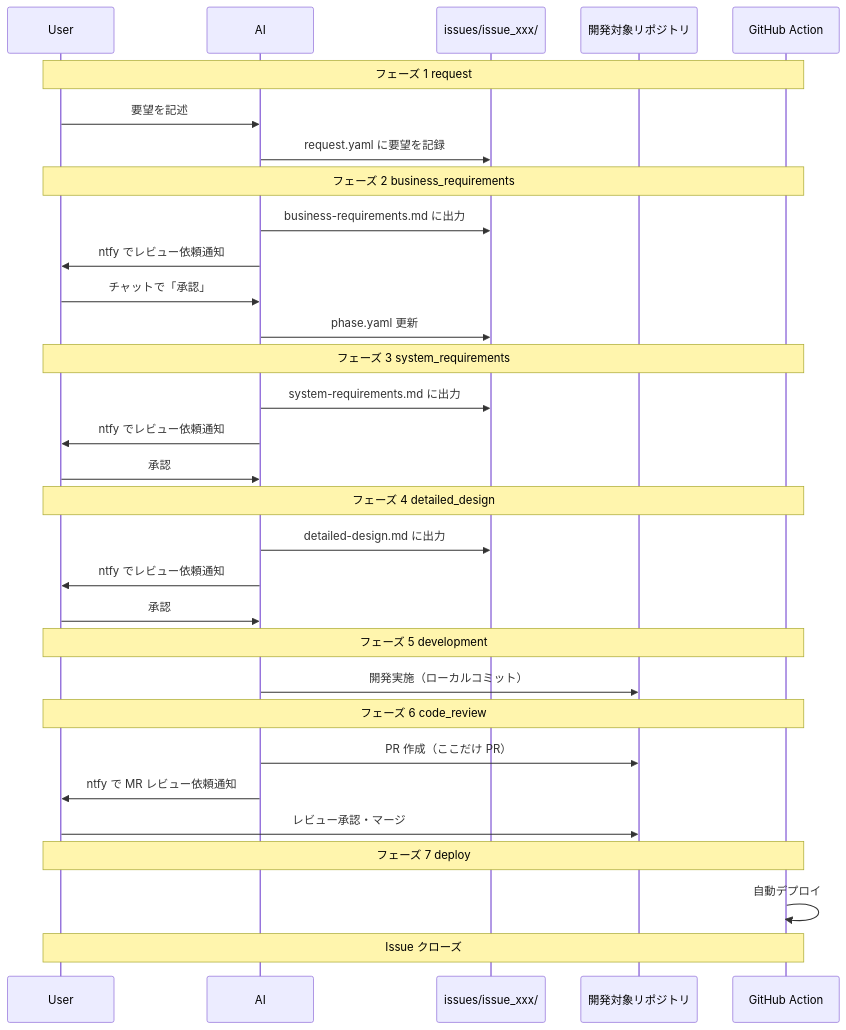
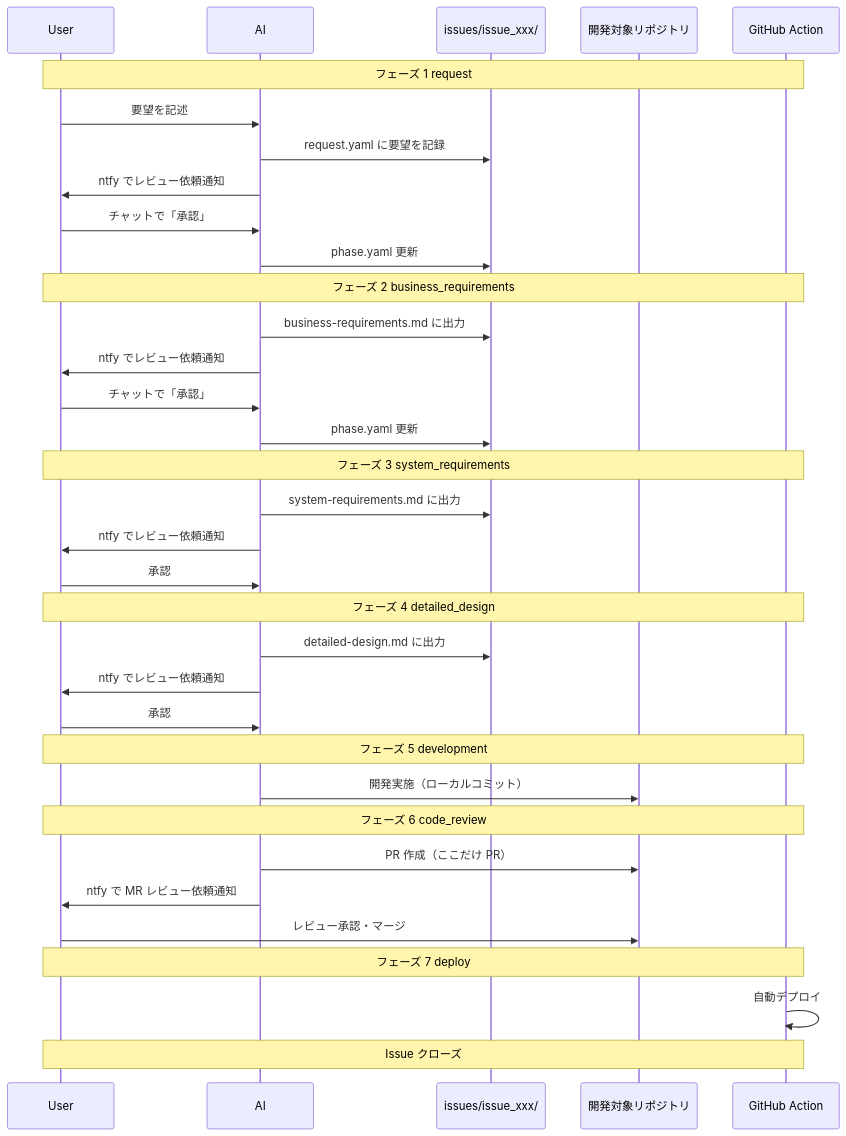
One commit to kuroweb/ai-workspace changed the diagram in .rulesync/skills/dev_workflow/references/flow.md. Above: the diagram before and after it, drawn with Mermaid. The commit also changed other lines of this file and 4 other files, not shown here.

````diff
--- a/.rulesync/skills/dev_workflow/references/flow.md
+++ b/.rulesync/skills/dev_workflow/references/flow.md
@@ -7,40 +14,43 @@
 ```mermaid
 sequenceDiagram
   participant User as User
   participant AI as AI
   participant Local as issues/issue_xxx/
   participant Repo as 開発対象リポジトリ
   participant GA as GitHub Action
 
   Note over User,GA: フェーズ 1 request
   User->>AI: 要望を記述
   AI->>Local: request.yaml に要望を記録
+  AI->>User: ntfy でレビュー依頼通知
+  User->>AI: チャットで「承認」
+  AI->>Local: phase.yaml 更新
 
   Note over User,GA: フェーズ 2 business_requirements
   AI->>Local: business-requirements.md に出力
   AI->>User: ntfy でレビュー依頼通知
   User->>AI: チャットで「承認」
   AI->>Local: phase.yaml 更新
 
   Note over User,GA: フェーズ 3 system_requirements
   AI->>Local: system-requirements.md に出力
   AI->>User: ntfy でレビュー依頼通知
   User->>AI: 承認
 
   Note over User,GA: フェーズ 4 detailed_design
   AI->>Local: detailed-design.md に出力
   AI->>User: ntfy でレビュー依頼通知
   User->>AI: 承認
 
   Note over User,GA: フェーズ 5 development
   AI->>Repo: 開発実施（ローカルコミット）
 
   Note over User,GA: フェーズ 6 code_review
   AI->>Repo: PR 作成（ここだけ PR）
   AI->>User: ntfy で MR レビュー依頼通知
   User->>Repo: レビュー承認・マージ
 
   Note over User,GA: フェーズ 7 deploy
   GA->>GA: 自動デプロイ
   Note over User,GA: Issue クローズ
 ```
````
